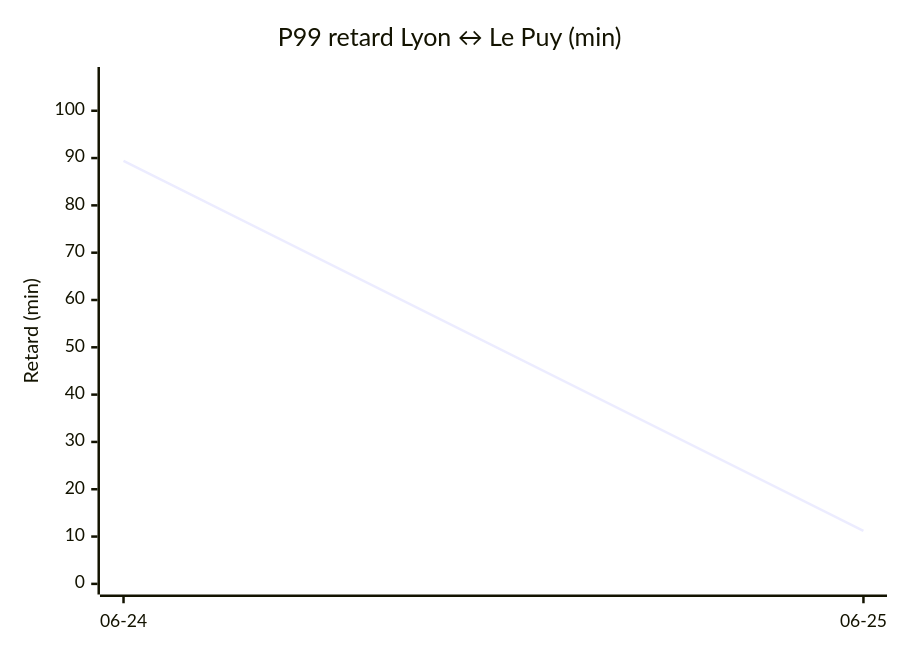
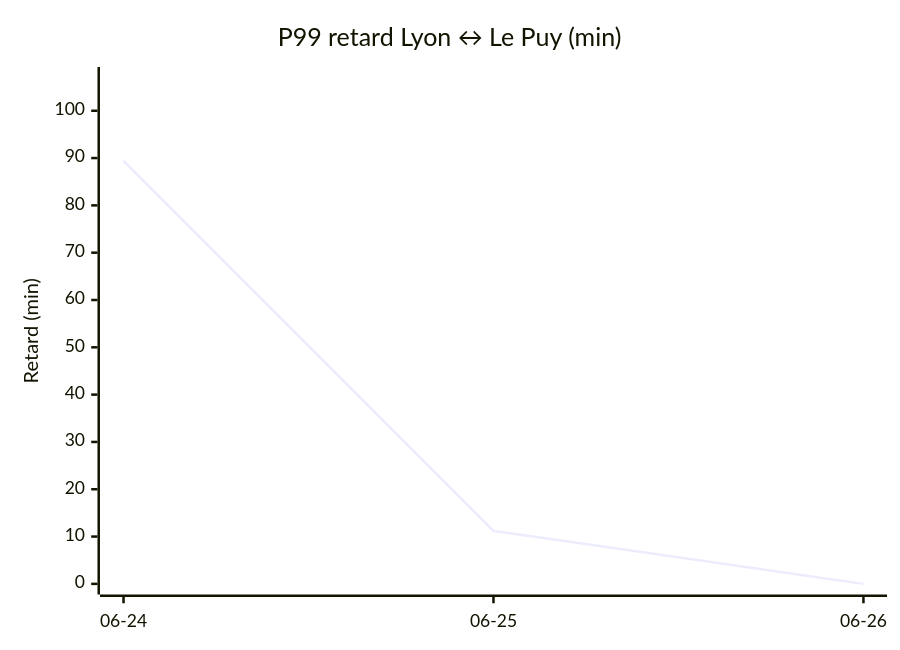
Before and after one commit to antoinerep/horaire-ter: the fourth of 4 diagrams in STATS.md, drawn with Mermaid. The commit also changed other lines of this file and 1 other file, not shown here.

````diff
--- a/STATS.md
+++ b/STATS.md
@@ -84,7 +85,7 @@
 ```mermaid
 xychart-beta
     title "P99 retard Lyon ↔ Le Puy (min)"
-    x-axis ["06-24", "06-25"]
+    x-axis ["06-24", "06-25", "06-26"]
     y-axis "Retard (min)" 0 --> 107
-    line [89.4, 11.2]
+    line [89.4, 11.2, 0.0]
 ```
````
